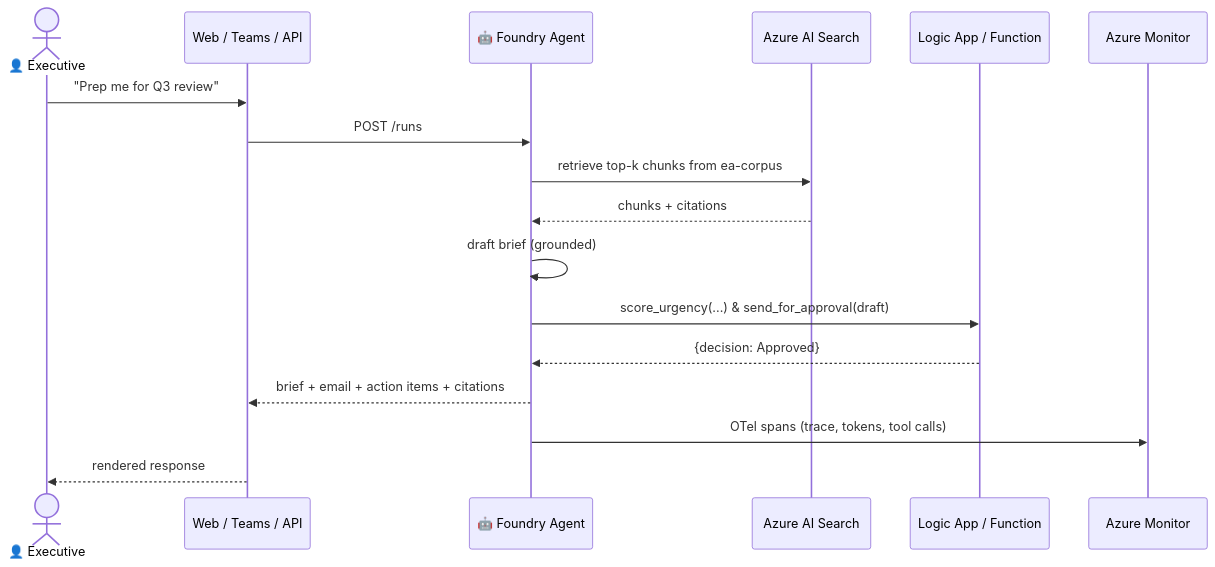
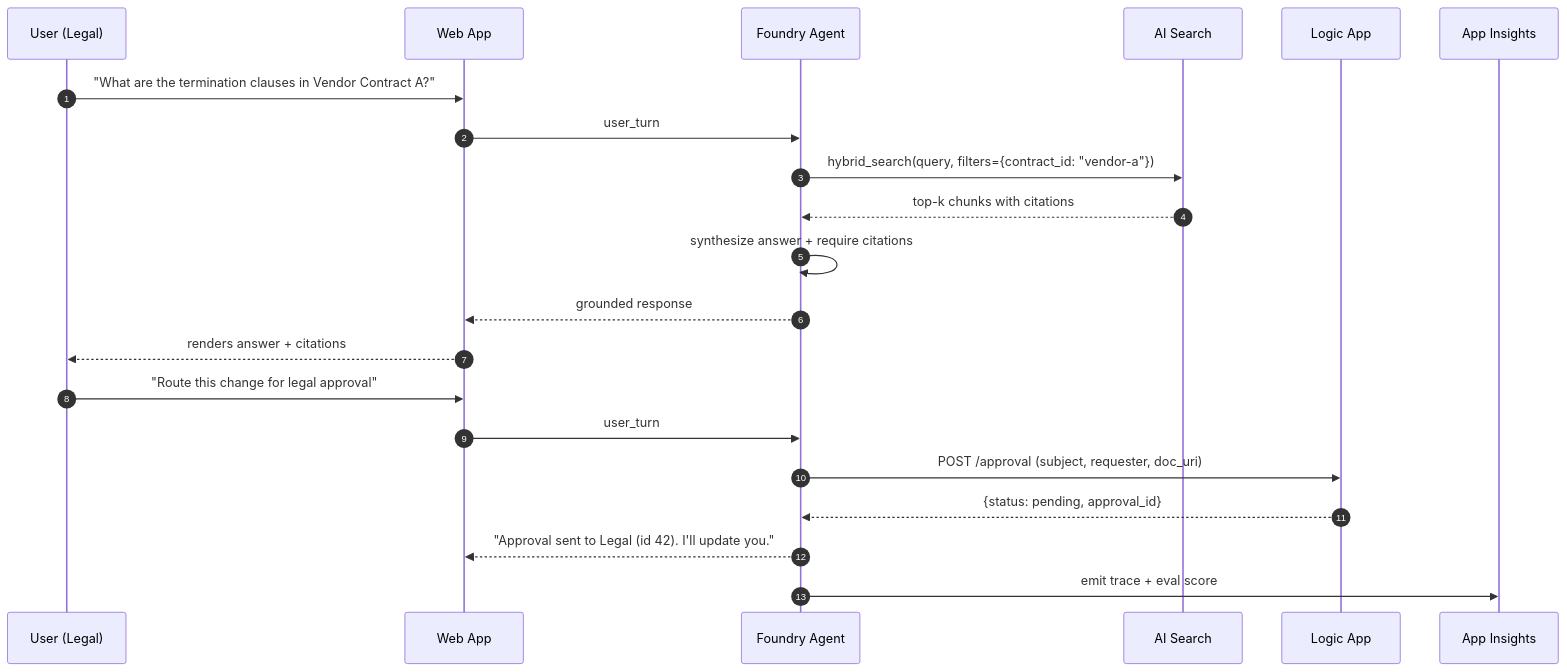
The second of 2 diagrams in assets/architecture-diagram.md (priyanka405/MS-Foundry-Microhack), drawn with Mermaid before and after one commit. The commit also changed other lines of this file and 9 other files, not shown here.

Commit message:
Refactor: Executive Assistant -> Contract Lifecycle Management (CLM) Agent MicroHack

````diff
--- a/assets/architecture-diagram.md
+++ b/assets/architecture-diagram.md
@@ -122,20 +87,24 @@
 ```mermaid
 sequenceDiagram
-    actor U as 👤 Executive
-    participant W as Web / Teams / API
-    participant A as 🤖 Foundry Agent
-    participant S as Azure AI Search
-    participant L as Logic App / Function
-    participant M as Azure Monitor
+    autonumber
+    participant U as User (Legal)
+    participant W as Web App
+    participant A as Foundry Agent
+    participant S as AI Search
+    participant L as Logic App
+    participant M as App Insights
 
-    U ->> W: "Prep me for Q3 review"
-    W ->> A: POST /runs
-    A ->> S: retrieve top-k chunks from ea-corpus
-    S -->> A: chunks + citations
-    A ->> A: draft brief (grounded)
-    A ->> L: score_urgency(...) & send_for_approval(draft)
-    L -->> A: {decision: Approved}
-    A -->> W: brief + email + action items + citations
-    A ->> M: OTel spans (trace, tokens, tool calls)
-    W -->> U: rendered response
+    U->>W: "What are the termination clauses in Vendor Contract A?"
+    W->>A: user_turn
+    A->>S: hybrid_search(query, filters={contract_id: "vendor-a"})
+    S-->>A: top-k chunks with citations
+    A->>A: synthesize answer + require citations
+    A-->>W: grounded response
+    W-->>U: renders answer + citations
+    U->>W: "Route this change for legal approval"
+    W->>A: user_turn
+    A->>L: POST /approval (subject, requester, doc_uri)
+    L-->>A: {status: pending, approval_id}
+    A-->>W: "Approval sent to Legal (id 42). I'll update you."
+    A->>M: emit trace + eval score
 ```
````
